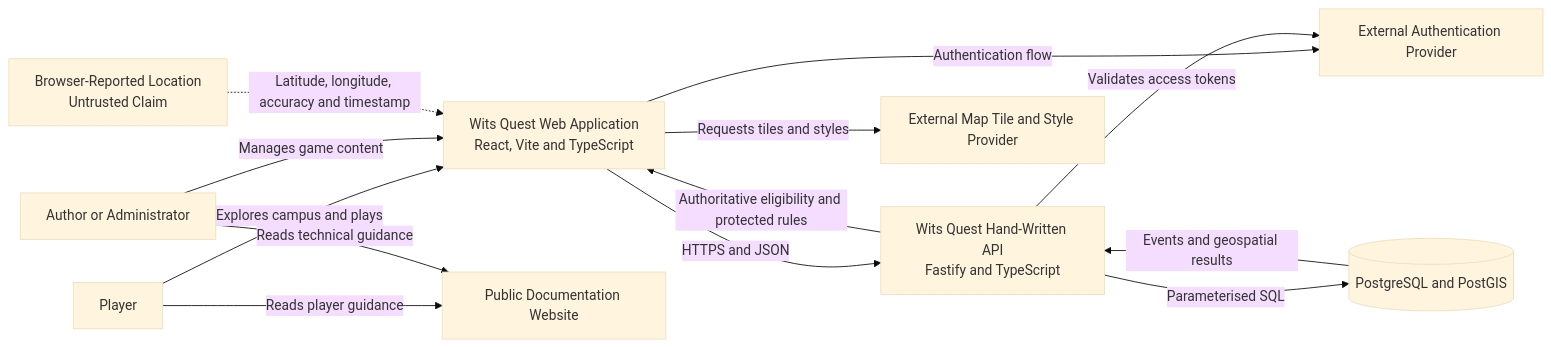
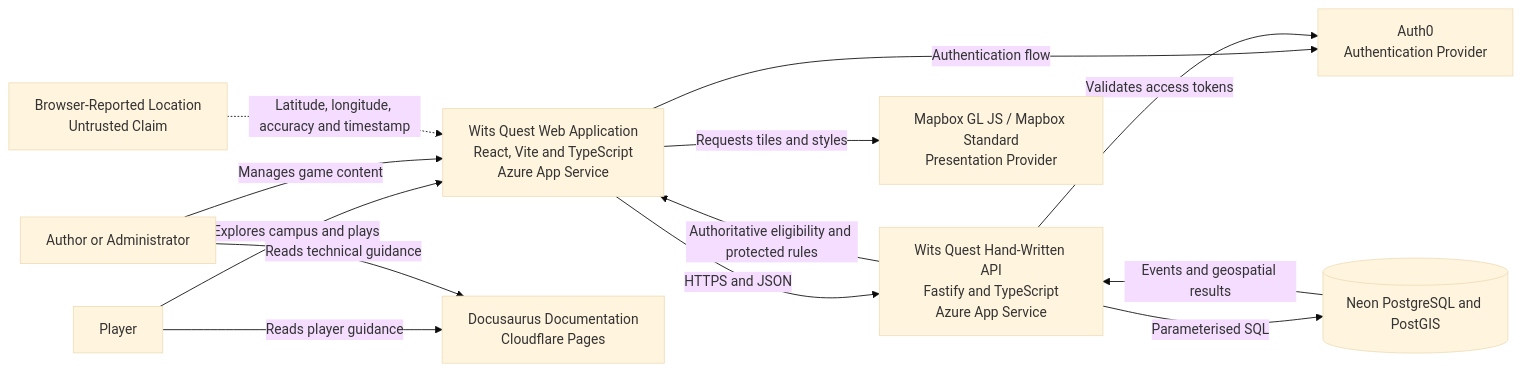
The diagram in docs/architecture/diagrams/system-context.md (Gradient-Ascenders/Wits-World), drawn with Mermaid (base theme) before and after one commit. The commit also changed other lines of this file and 12 other files, not shown here.

````diff
--- a/docs/architecture/diagrams/system-context.md
+++ b/docs/architecture/diagrams/system-context.md
@@ -5,33 +5,33 @@
 ```mermaid
 flowchart LR
     Player["Player"]
     Author["Author or Administrator"]
 
-    Web["Wits Quest Web Application<br/>React, Vite and TypeScript"]
-    API["Wits Quest Hand-Written API<br/>Fastify and TypeScript"]
-    DB[("PostgreSQL and PostGIS")]
-    Auth["External Authentication Provider"]
-    Map["External Map Tile and Style Provider"]
-    Docs["Public Documentation Website"]
+    Web["Wits Quest Web Application<br/>React, Vite and TypeScript<br/>Azure App Service"]
+    API["Wits Quest Hand-Written API<br/>Fastify and TypeScript<br/>Azure App Service"]
+    DB[("Neon PostgreSQL and PostGIS")]
+    Auth["Auth0<br/>Authentication Provider"]
+    Map["Mapbox GL JS / Mapbox Standard<br/>Presentation Provider"]
+    Docs["Docusaurus Documentation<br/>Cloudflare Pages"]
 
     Location["Browser-Reported Location<br/>Untrusted Claim"]
 
     Player -->|"Explores campus and plays"| Web
     Author -->|"Manages game content"| Web
 
     Web -->|"HTTPS and JSON"| API
 
     Web -->|"Authentication flow"| Auth
     API -->|"Validates access tokens"| Auth
 
     API -->|"Parameterised SQL"| DB
     DB -->|"Events and geospatial results"| API
 
     Web -->|"Requests tiles and styles"| Map
     Location -.->|"Latitude, longitude, accuracy and timestamp"| Web
 
     Player -->|"Reads player guidance"| Docs
     Author -->|"Reads technical guidance"| Docs
 
     API -->|"Authoritative eligibility and protected rules"| Web
 ```
````
